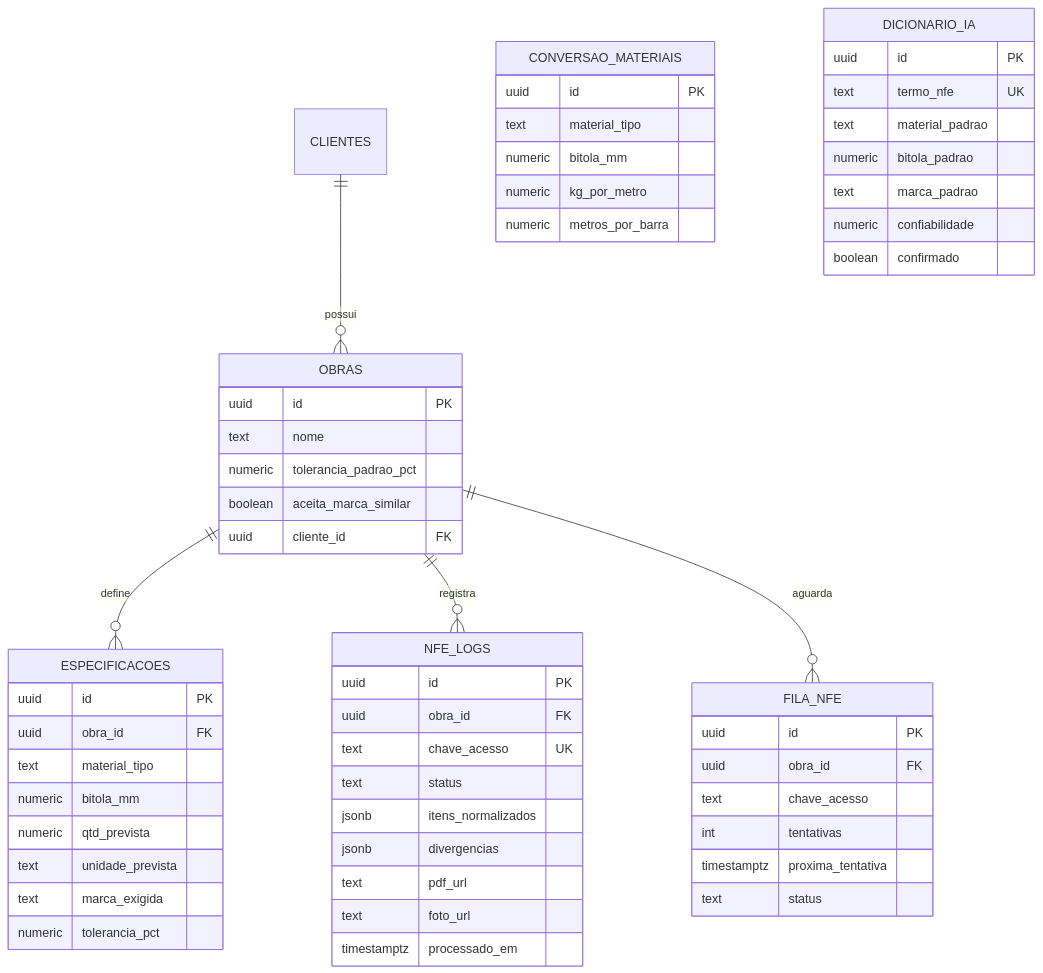
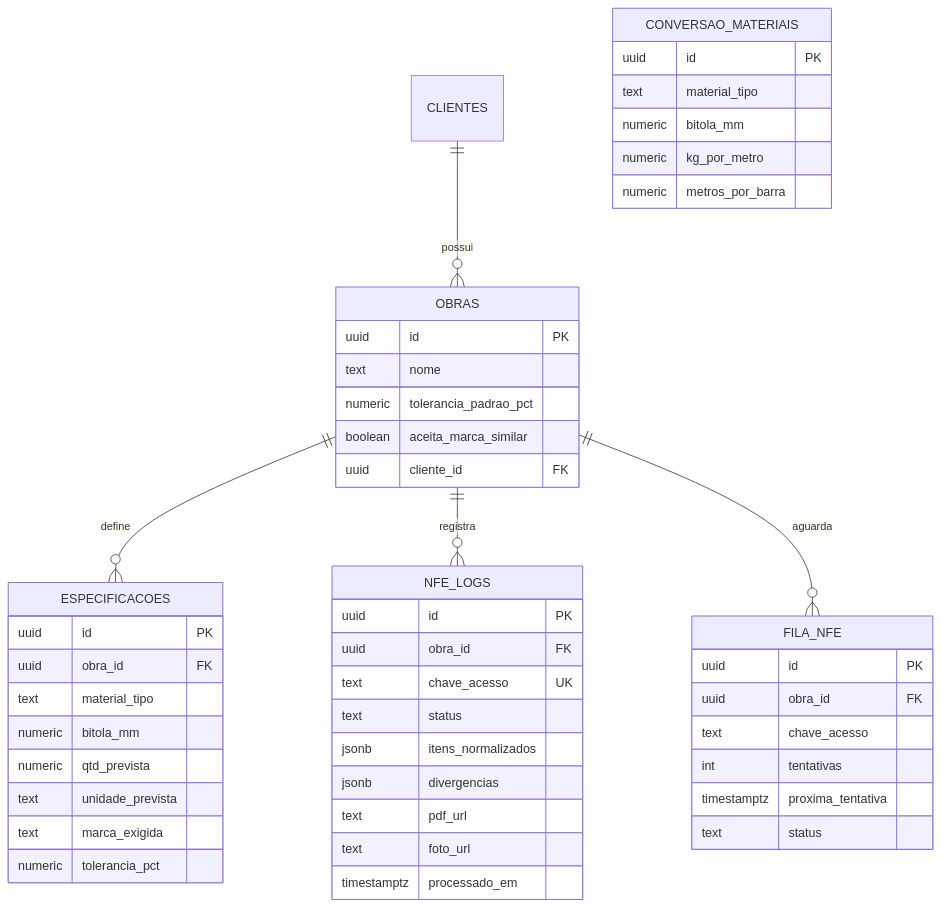
The fourth of 4 diagrams in docs/ARQUITETURA.md (nocodenn-cell/SteelSPY), drawn with Mermaid before and after one commit. The commit also changed other lines of this file and 6 other files, not shown here.

````diff
--- a/docs/ARQUITETURA.md
+++ b/docs/ARQUITETURA.md
@@ -141,58 +140,49 @@
 ```mermaid
 erDiagram
   CLIENTES ||--o{ OBRAS : possui
   OBRAS ||--o{ ESPECIFICACOES : define
   OBRAS ||--o{ NFE_LOGS : registra
   OBRAS ||--o{ FILA_NFE : aguarda
   OBRAS {
     uuid id PK
     text nome
     numeric tolerancia_padrao_pct
     boolean aceita_marca_similar
     uuid cliente_id FK
   }
   ESPECIFICACOES {
     uuid id PK
     uuid obra_id FK
     text material_tipo
     numeric bitola_mm
     numeric qtd_prevista
     text unidade_prevista
     text marca_exigida
     numeric tolerancia_pct
   }
   CONVERSAO_MATERIAIS {
     uuid id PK
     text material_tipo
     numeric bitola_mm
     numeric kg_por_metro
     numeric metros_por_barra
   }
-  DICIONARIO_IA {
-    uuid id PK
-    text termo_nfe UK
-    text material_padrao
-    numeric bitola_padrao
-    text marca_padrao
-    numeric confiabilidade
-    boolean confirmado
-  }
   NFE_LOGS {
     uuid id PK
     uuid obra_id FK
     text chave_acesso UK
     text status    jsonb itens_normalizados
     jsonb divergencias
     text pdf_url
     text foto_url
     timestamptz processado_em
   }
   FILA_NFE {
     uuid id PK
     uuid obra_id FK
     text chave_acesso
     int tentativas
     timestamptz proxima_tentativa
     text status
   }
 ```
````
